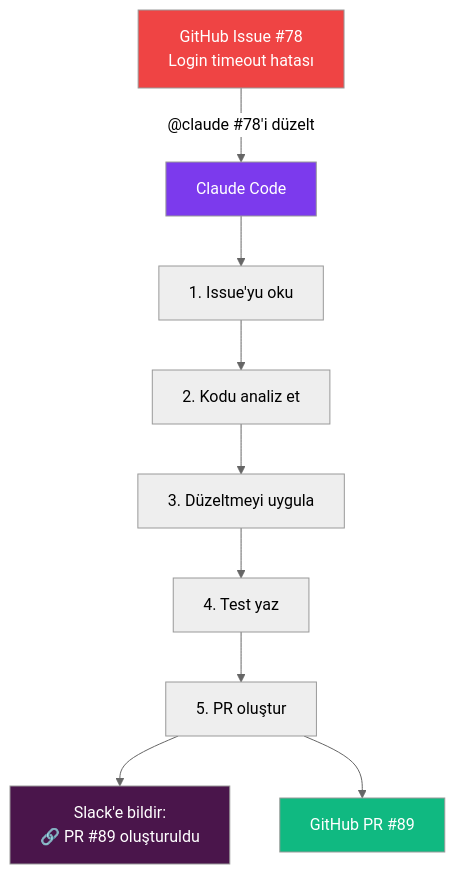
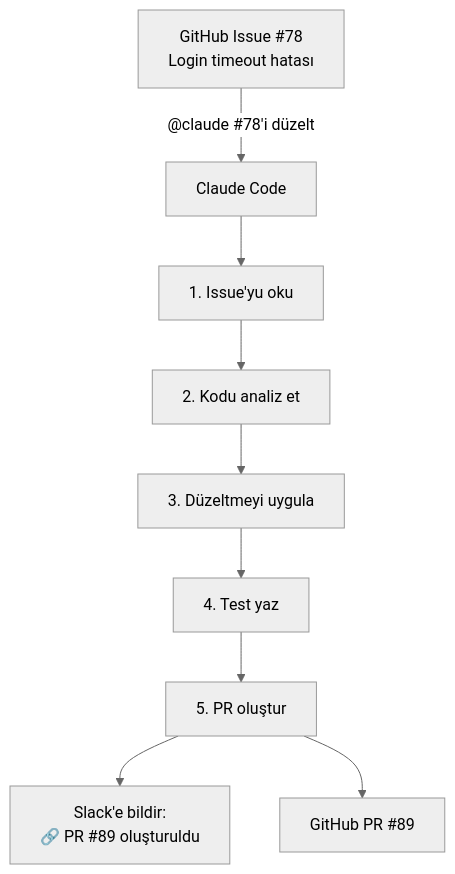
Before and after one commit to IzzetYasinAtes/ClaudeCodeHandbook: the fourth of 5 diagrams in 15-entegrasyonlar/06-slack-entegrasyonu.md, drawn with Mermaid (neutral theme). The commit also changed other lines of this file and 97 other files, not shown here.

Commit message:
Remove all custom Mermaid style/fill colors from 98 markdown files for consistent dark theme rendering

````diff
--- a/15-entegrasyonlar/06-slack-entegrasyonu.md
+++ b/15-entegrasyonlar/06-slack-entegrasyonu.md
@@ -177,19 +173,15 @@
 ```mermaid
 flowchart TB
     ISS["GitHub Issue #78<br/>Login timeout hatası"]
     
     ISS -->|"@claude #78'i düzelt"| CC["Claude Code"]
     CC --> A1["1. Issue'yu oku"]
     A1 --> A2["2. Kodu analiz et"]
     A2 --> A3["3. Düzeltmeyi uygula"]
     A3 --> A4["4. Test yaz"]
     A4 --> A5["5. PR oluştur"]
 
     A5 --> SL["Slack'e bildir:<br/>🔗 PR #89 oluşturuldu"]
     A5 --> PR["GitHub PR #89"]
 
-    style ISS fill:#EF4444,color:#fff
-    style CC fill:#7C3AED,color:#fff
-    style SL fill:#4A154B,color:#fff
-    style PR fill:#10B981,color:#fff
 ```
````
